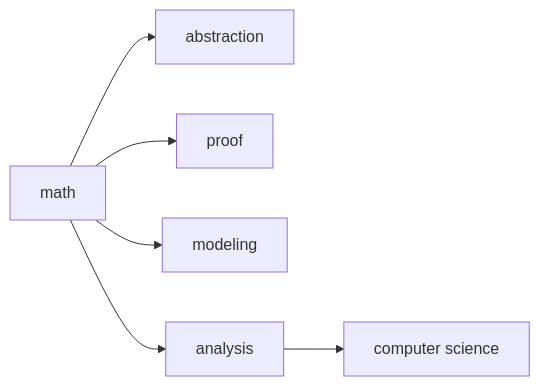
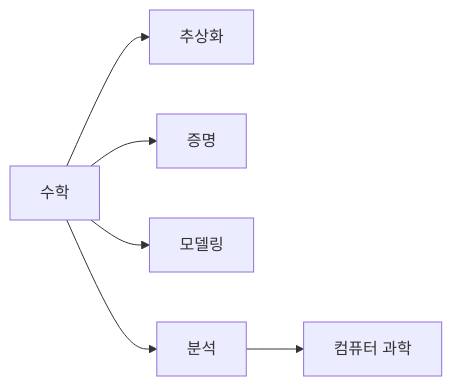
The diagram in content/math-for-cs-101/ko/01-why-math-for-cs.md (yeongseon-books/book-content), drawn with Mermaid before and after one commit. The commit also changed other lines of this file and 8 other files, not shown here.

````diff
--- a/content/math-for-cs-101/ko/01-why-math-for-cs.md
+++ b/content/math-for-cs-101/ko/01-why-math-for-cs.md
@@ -33,8 +47,8 @@
 ```mermaid
 flowchart LR
-    Math["math"] --> Abs["abstraction"]
-    Math --> Proof["proof"]
-    Math --> Model["modeling"]
-    Math --> Anal["analysis"]
-    Anal --> CS["computer science"]
+    Math["수학"] --> Abs["추상화"]
+    Math --> Proof["증명"]
+    Math --> Model["모델링"]
+    Math --> Anal["분석"]
+    Anal --> CS["컴퓨터 과학"]
 ```
````
